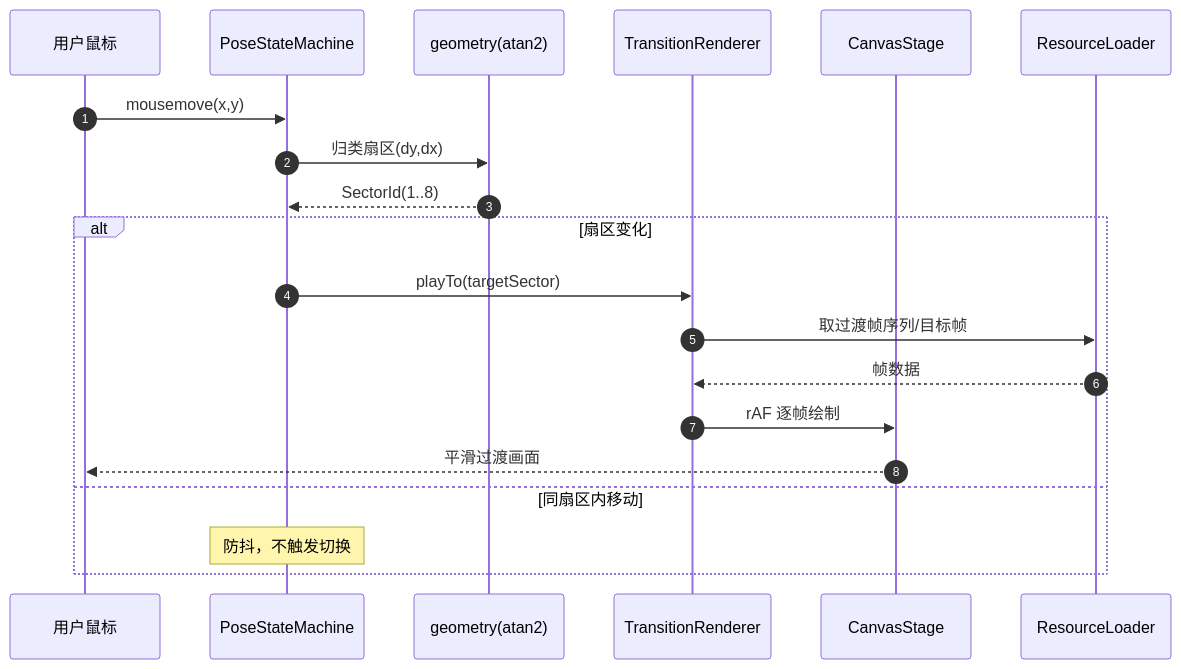
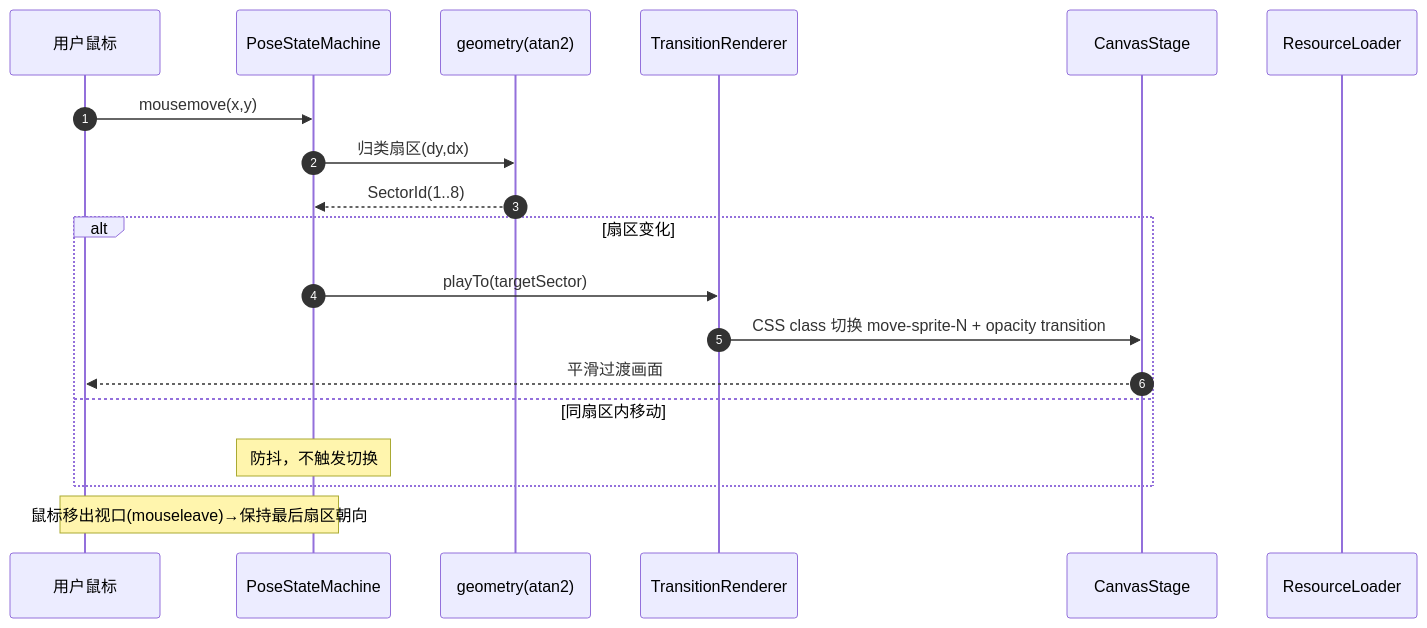
Before and after one commit to sher2018/cat_eyeing_mouse: the eighth of 11 diagrams in doc/1.software_architecture_document.md, drawn with Mermaid. The commit also changed other lines of this file and 25 other files, not shown here.

````diff
--- a/doc/1.software_architecture_document.md
+++ b/doc/1.software_architecture_document.md
@@ -412,23 +415,22 @@
 ```mermaid
 sequenceDiagram
     autonumber
     participant U as 用户鼠标
     participant PSM as PoseStateMachine
     participant G as geometry(atan2)
     participant TR as TransitionRenderer
     participant CV as CanvasStage
     participant RL as ResourceLoader
 
     U->>PSM: mousemove(x,y)
     PSM->>G: 归类扇区(dy,dx)
     G-->>PSM: SectorId(1..8)
     alt 扇区变化
         PSM->>TR: playTo(targetSector)
-        TR->>RL: 取过渡帧序列/目标帧
-        RL-->>TR: 帧数据
-        TR->>CV: rAF 逐帧绘制
+        TR->>CV: CSS class 切换 move-sprite-N + opacity transition
         CV-->>U: 平滑过渡画面
     else 同扇区内移动
         Note over PSM: 防抖，不触发切换
     end
+    Note over U,PSM: 鼠标移出视口(mouseleave)→保持最后扇区朝向
 ```
````
